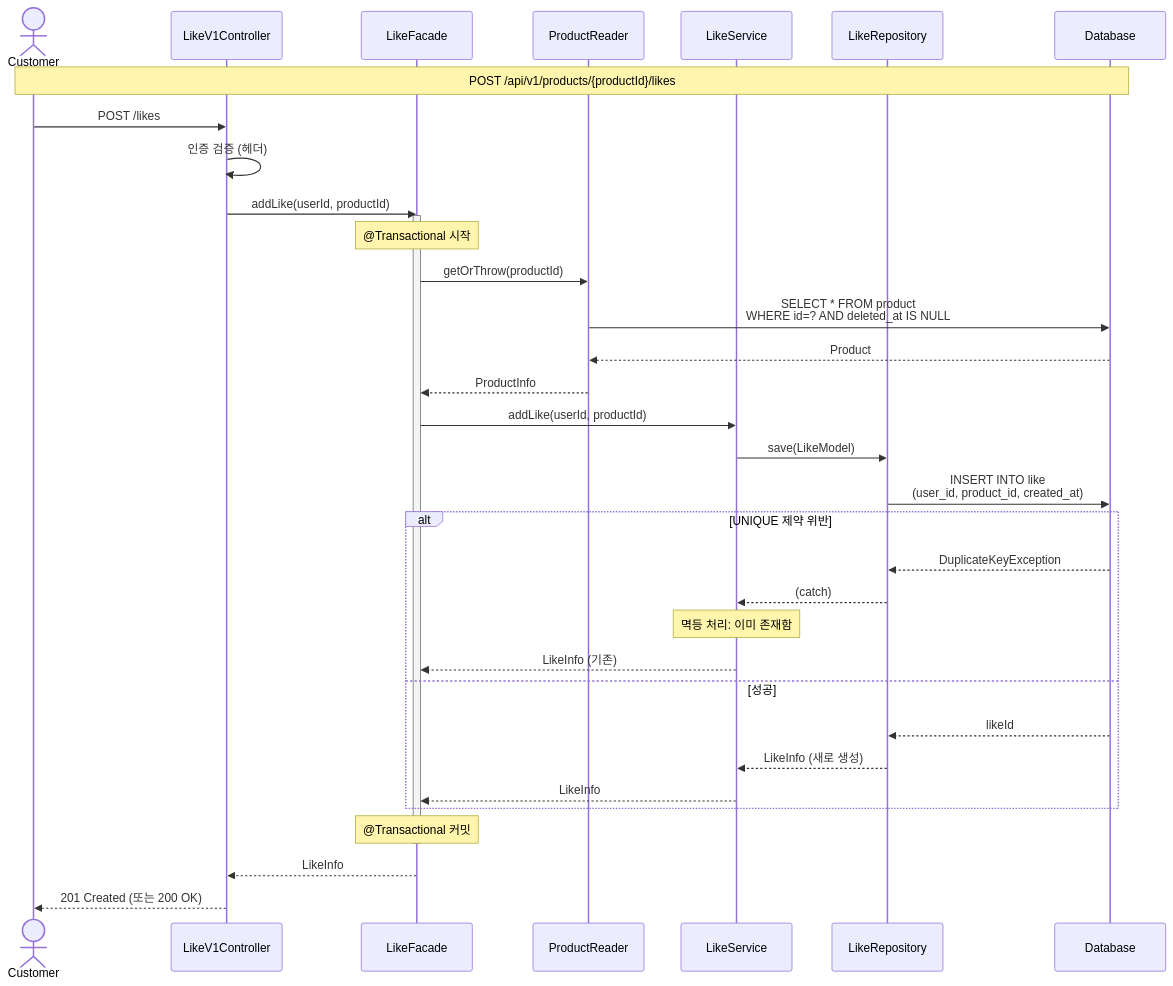
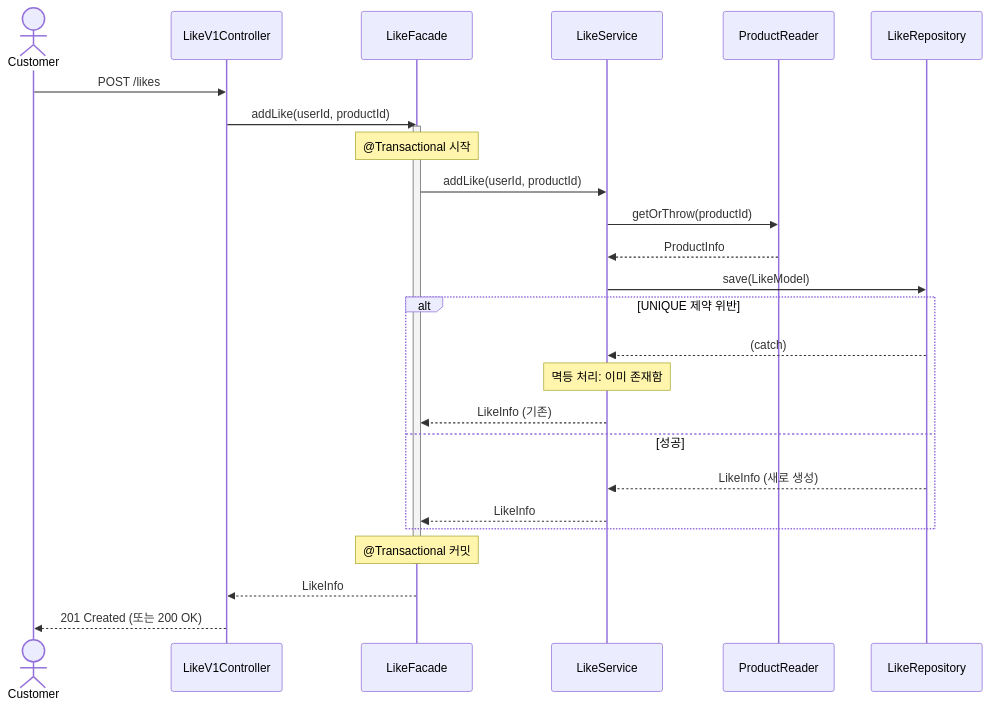
The third of 5 diagrams in docs/design/02-sequence-diagrams.md (YoHanKi/loop-pack-be-l2-vol3-java), drawn with Mermaid before and after one commit. The commit also changed other lines of this file, not shown here.

Commit message:
docs(sequence-diagrams): 시퀀스 다이어그램을 명확하게 변경, 불필요한 플로우 삭제.

````diff
--- a/docs/design/02-sequence-diagrams.md
+++ b/docs/design/02-sequence-diagrams.md
@@ -201,48 +164,39 @@
 ```mermaid
 sequenceDiagram
     actor Customer
     participant Controller as LikeV1Controller
     participant Facade as LikeFacade
+    participant LikeService as LikeService
     participant ProductReader as ProductReader
-    participant LikeService as LikeService
     participant LikeRepo as LikeRepository
-    participant DB as Database
-
-    %% 좋아요 추가
-    Note over Customer, DB: POST /api/v1/products/{productId}/likes
 
     Customer->>Controller: POST /likes
-    Controller->>Controller: 인증 검증 (헤더)
     Controller->>Facade: addLike(userId, productId)
 
     activate Facade
     Note over Facade: @Transactional 시작
 
-    %% 상품 존재 확인
-    Facade->>ProductReader: getOrThrow(productId)
-    ProductReader->>DB: SELECT * FROM product<br/>WHERE id=? AND deleted_at IS NULL
-    DB-->>ProductReader: Product
-    ProductReader-->>Facade: ProductInfo
-
     %% 좋아요 저장
     Facade->>LikeService: addLike(userId, productId)
+    
+    %% 상품 존재 확인
+    LikeService->>ProductReader: getOrThrow(productId)
+    ProductReader-->>LikeService: ProductInfo
+    
     LikeService->>LikeRepo: save(LikeModel)
-    LikeRepo->>DB: INSERT INTO like<br/>(user_id, product_id, created_at)
 
     alt UNIQUE 제약 위반
-        DB-->>LikeRepo: DuplicateKeyException
         LikeRepo-->>LikeService: (catch)
         Note over LikeService: 멱등 처리: 이미 존재함
         LikeService-->>Facade: LikeInfo (기존)
     else 성공
-        DB-->>LikeRepo: likeId
         LikeRepo-->>LikeService: LikeInfo (새로 생성)
         LikeService-->>Facade: LikeInfo
     end
 
     Note over Facade: @Transactional 커밋
     deactivate Facade
 
     Facade-->>Controller: LikeInfo
     Controller-->>Customer: 201 Created (또는 200 OK)
 ```
````
